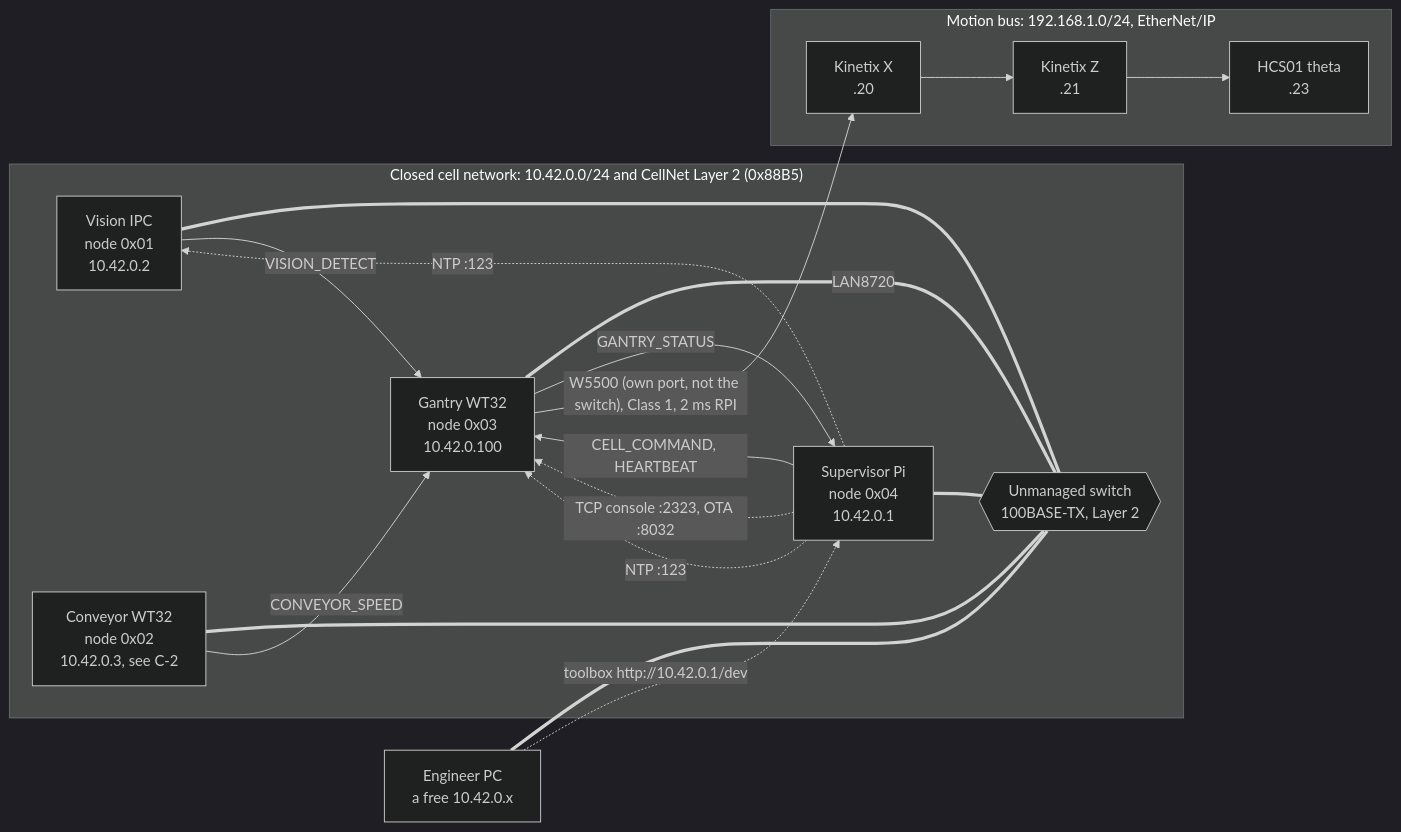
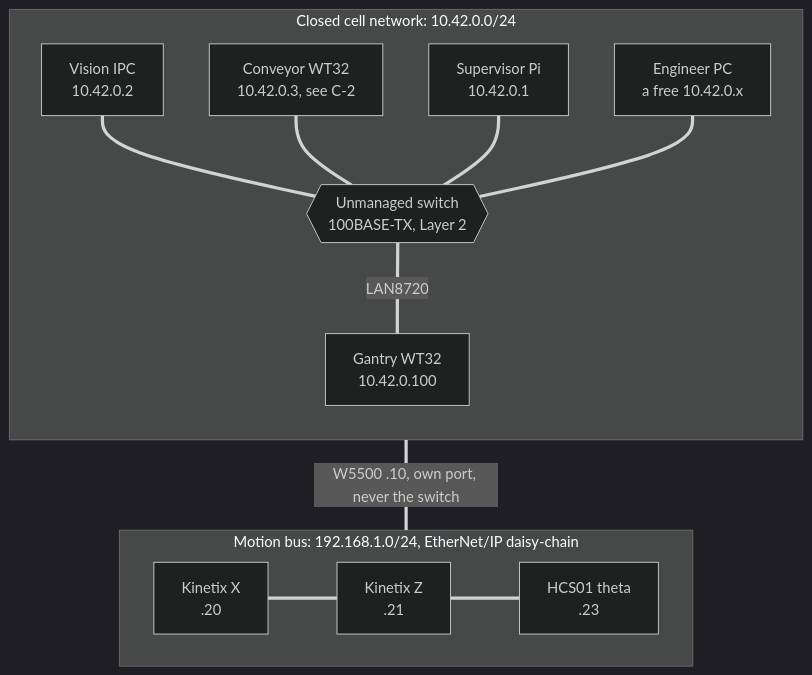
Before and after one commit to Mynderse-Research-Lab/wt32-eth01-FreeRTOS: the first of 2 diagrams in docs/KNOWLEDGE_TRANSFER.md, drawn with Mermaid (dark theme). The commit also changed other lines of this file, not shown here.

Commit message:
docs: split the cell diagram into wiring and messages
One diagram mixed the cable star with the message flows, so every
message crossed the switch and the layout tangled. Wiring now shows the
switch star and the motion bus; messages show who sends what to whom,
with no crossings. Content is unchanged.

````diff
--- a/docs/KNOWLEDGE_TRANSFER.md
+++ b/docs/KNOWLEDGE_TRANSFER.md
@@ -35,30 +35,22 @@
 ```mermaid
-flowchart LR
-  subgraph cell ["Closed cell network: 10.42.0.0/24 and CellNet Layer 2 (0x88B5)"]
+flowchart TB
+  subgraph cell ["Closed cell network: 10.42.0.0/24"]
+    direction TB
+    V["Vision IPC<br/>10.42.0.2"]
+    C["Conveyor WT32<br/>10.42.0.3, see C-2"]
+    S["Supervisor Pi<br/>10.42.0.1"]
+    E["Engineer PC<br/>a free 10.42.0.x"]
     SW{{"Unmanaged switch<br/>100BASE-TX, Layer 2"}}
-    V["Vision IPC<br/>node 0x01<br/>10.42.0.2"]
-    C["Conveyor WT32<br/>node 0x02<br/>10.42.0.3, see C-2"]
-    G["Gantry WT32<br/>node 0x03<br/>10.42.0.100"]
-    S["Supervisor Pi<br/>node 0x04<br/>10.42.0.1"]
+    G["Gantry WT32<br/>10.42.0.100"]
+    V === SW
+    C === SW
+    S === SW
+    E === SW
+    SW ===|"LAN8720"| G
   end
-  V === SW
-  C === SW
-  S === SW
-  G ===|"LAN8720"| SW
-  subgraph bus ["Motion bus: 192.168.1.0/24, EtherNet/IP"]
-    X["Kinetix X<br/>.20"]
-    Z["Kinetix Z<br/>.21"]
-    T["HCS01 theta<br/>.23"]
+  subgraph bus ["Motion bus: 192.168.1.0/24, EtherNet/IP daisy-chain"]
+    direction LR
+    X["Kinetix X<br/>.20"] === Z["Kinetix Z<br/>.21"] === T["HCS01 theta<br/>.23"]
   end
-  V -- "VISION_DETECT" --> G
-  C -- "CONVEYOR_SPEED" --> G
-  S -- "CELL_COMMAND, HEARTBEAT" --> G
-  G -- "GANTRY_STATUS" --> S
-  G -- "W5500 (own port, not the switch), Class 1, 2 ms RPI" --> X
-  X --> Z --> T
-  S -. "TCP console :2323, OTA :8032" .-> G
-  S -. "NTP :123" .-> V
-  S -. "NTP :123" .-> G
-  E["Engineer PC<br/>a free 10.42.0.x"] === SW
-  E -. "toolbox http://10.42.0.1/dev" .-> S
+  G ===|"W5500 .10, own port, never the switch"| X
 ```
````
